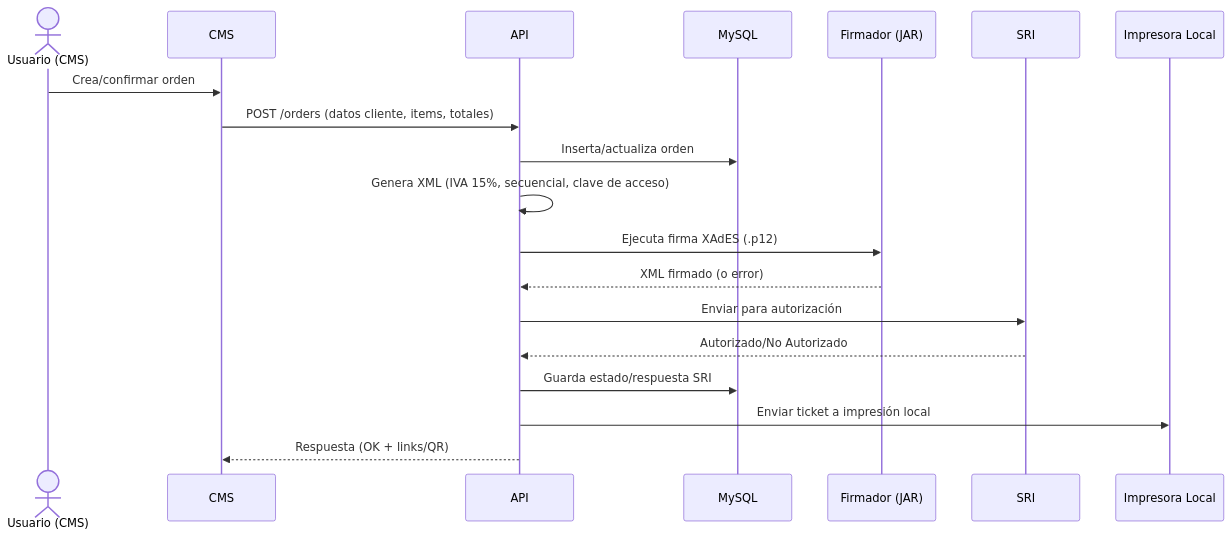
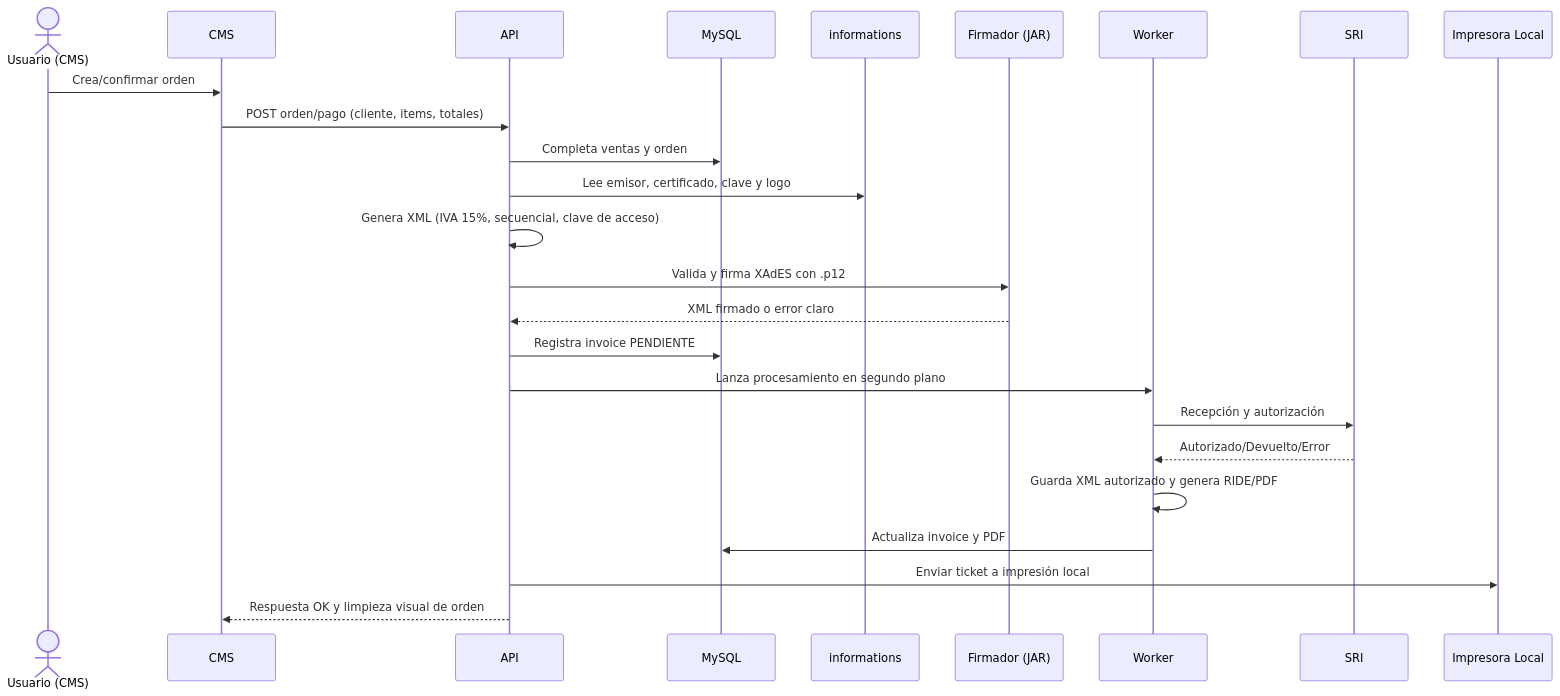
The diagram in ARCHITECTURE.md (JeanVillamar/pos), drawn with Mermaid before and after one commit. The commit also changed other lines of this file and 4 other files, not shown here.

````diff
--- a/ARCHITECTURE.md
+++ b/ARCHITECTURE.md
@@ -53,22 +57,28 @@
 ```mermaid
 sequenceDiagram
     actor U as Usuario (CMS)
     participant C as CMS
     participant A as API
     participant DB as MySQL
+    participant I as informations
     participant F as Firmador (JAR)
+    participant W as Worker
     participant S as SRI
     participant P as Impresora Local
 
     U->>C: Crea/confirmar orden
-    C->>A: POST /orders (datos cliente, items, totales)
-    A->>DB: Inserta/actualiza orden
+    C->>A: POST orden/pago (cliente, items, totales)
+    A->>DB: Completa ventas y orden
+    A->>I: Lee emisor, certificado, clave y logo
     A->>A: Genera XML (IVA 15%, secuencial, clave de acceso)
-    A->>F: Ejecuta firma XAdES (.p12)
-    F-->>A: XML firmado (o error)
-    A->>S: Enviar para autorización
-    S-->>A: Autorizado/No Autorizado
-    A->>DB: Guarda estado/respuesta SRI
+    A->>F: Valida y firma XAdES con .p12
+    F-->>A: XML firmado o error claro
+    A->>DB: Registra invoice PENDIENTE
+    A->>W: Lanza procesamiento en segundo plano
+    W->>S: Recepción y autorización
+    S-->>W: Autorizado/Devuelto/Error
+    W->>W: Guarda XML autorizado y genera RIDE/PDF
+    W->>DB: Actualiza invoice y PDF
     A->>P: Enviar ticket a impresión local
-    A-->>C: Respuesta (OK + links/QR)
+    A-->>C: Respuesta OK y limpieza visual de orden
 ```
````
